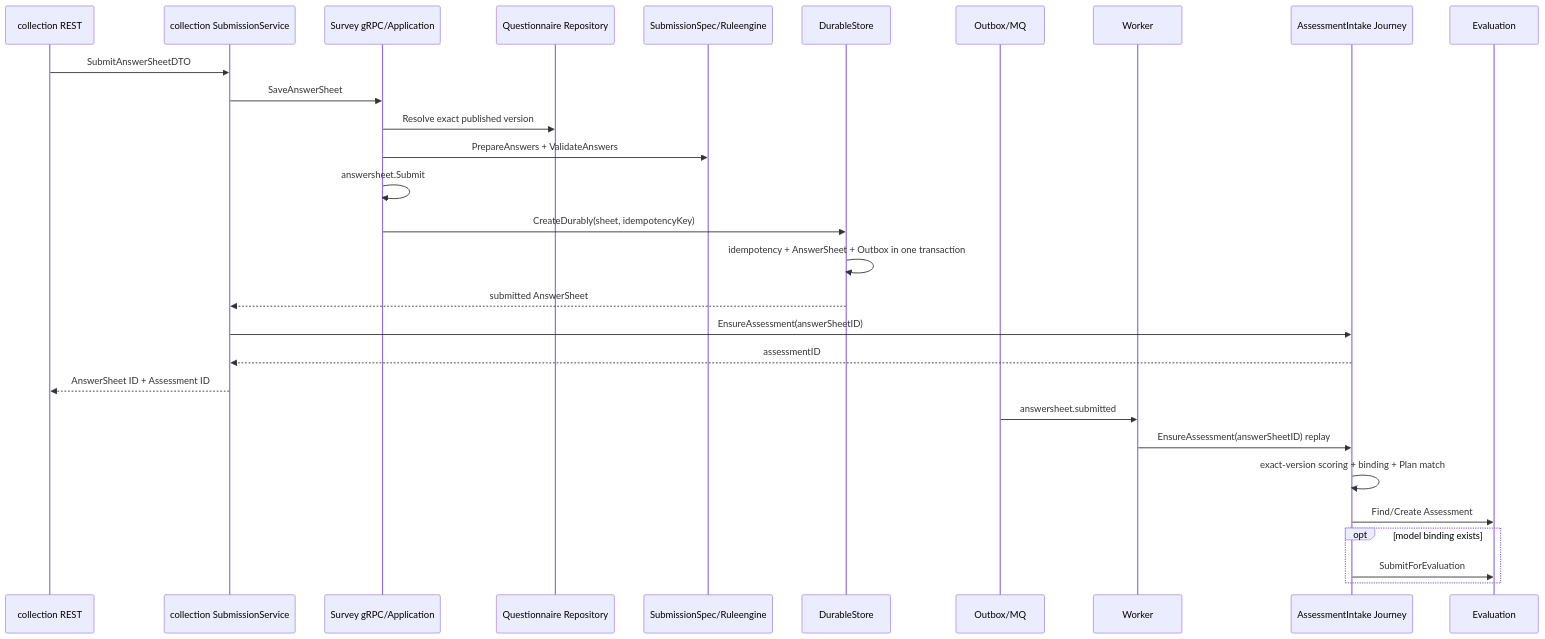
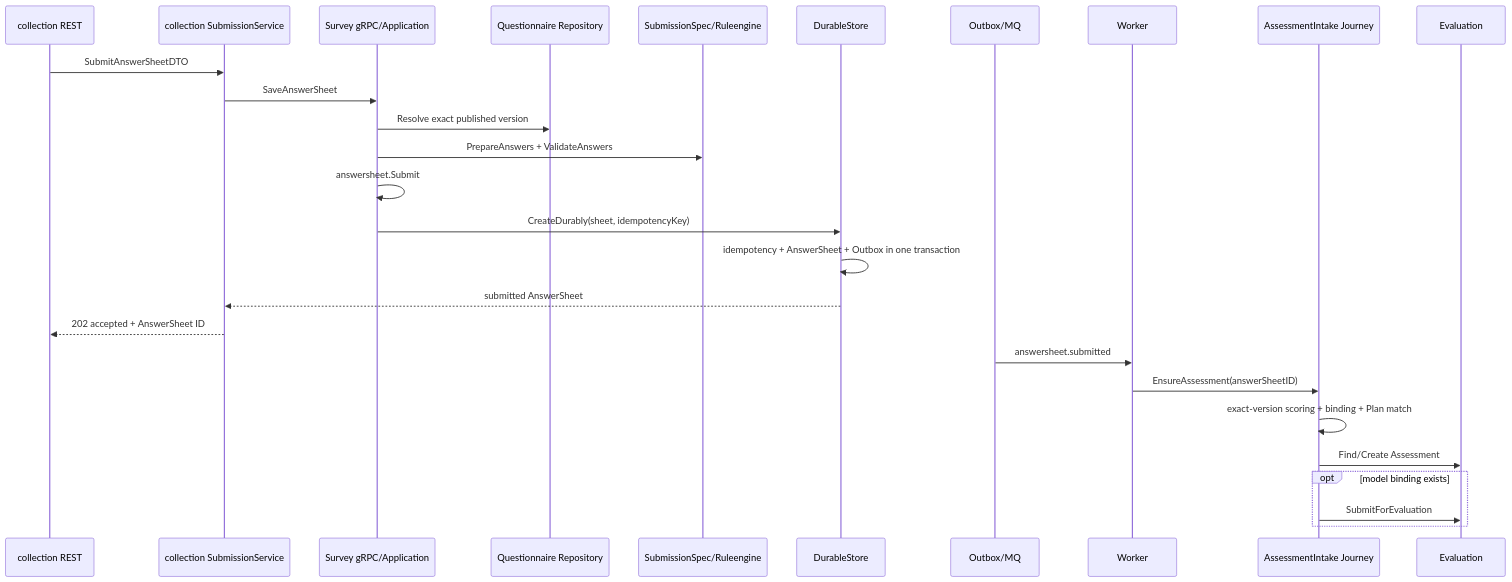
One commit to FangcunMount/qs-server changed the diagram in docs/02-业务模块/10-survey/31-关键链路-答卷提交校验与测评驱动.md. Above: the diagram before and after it, drawn with Mermaid. The commit also changed other lines of this file and 28 other files, not shown here.

````diff
--- a/docs/02-业务模块/10-survey/31-关键链路-答卷提交校验与测评驱动.md
+++ b/docs/02-业务模块/10-survey/31-关键链路-答卷提交校验与测评驱动.md
@@ -25,32 +25,30 @@
 ```mermaid
 sequenceDiagram
     participant T as collection REST
     participant C as collection SubmissionService
     participant S as Survey gRPC/Application
     participant Q as Questionnaire Repository
     participant V as SubmissionSpec/Ruleengine
     participant D as DurableStore
     participant O as Outbox/MQ
     participant W as Worker
     participant J as AssessmentIntake Journey
     participant E as Evaluation
 
     T->>C: SubmitAnswerSheetDTO
     C->>S: SaveAnswerSheet
     S->>Q: Resolve exact published version
     S->>V: PrepareAnswers + ValidateAnswers
     S->>S: answersheet.Submit
     S->>D: CreateDurably(sheet, idempotencyKey)
     D->>D: idempotency + AnswerSheet + Outbox in one transaction
     D-->>C: submitted AnswerSheet
-    C->>J: EnsureAssessment(answerSheetID)
-    J-->>C: assessmentID
-    C-->>T: AnswerSheet ID + Assessment ID
+    C-->>T: 202 accepted + AnswerSheet ID
     O->>W: answersheet.submitted
-    W->>J: EnsureAssessment(answerSheetID) replay
+    W->>J: EnsureAssessment(answerSheetID)
     J->>J: exact-version scoring + binding + Plan match
     J->>E: Find/Create Assessment
     opt model binding exists
         J->>E: SubmitForEvaluation
     end
 ```
````
